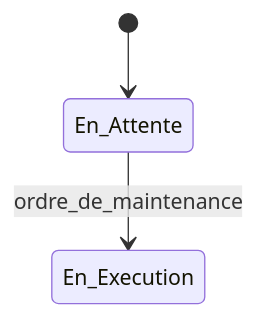
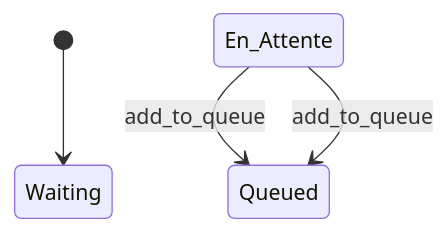
The diagram in README.md (b2b-info/tp2-administration-librairie-cedricetarnaud), drawn with Mermaid before and after one commit.

````diff
--- a/README.md
+++ b/README.md
@@ -59,6 +59,8 @@
 ```mermaid
 stateDiagram-v2
-    [*] --> En_Attente
+    [*] --> Waiting
 
-    En_Attente --> En_Execution : ordre_de_maintenance
+    En_Attente --> Queued : add_to_queue
+    En_Attente --> Queued : add_to_queue
+
 ```
````
